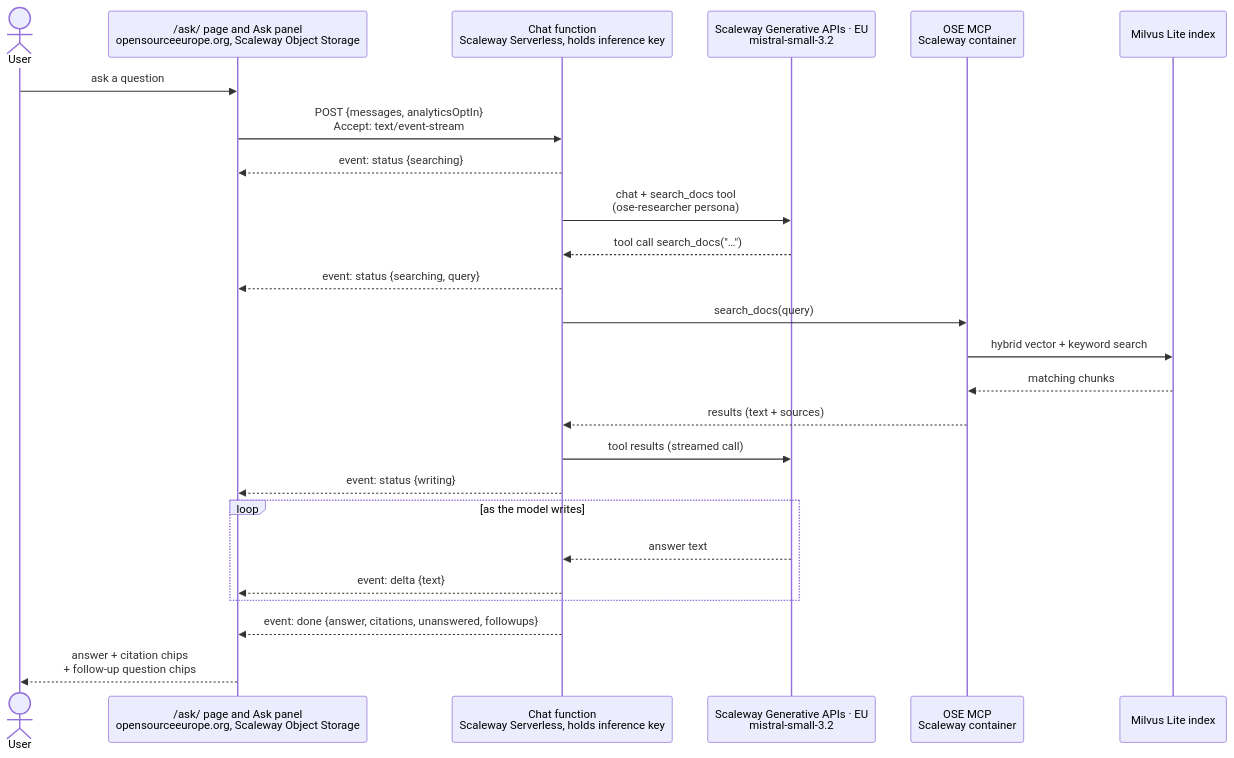
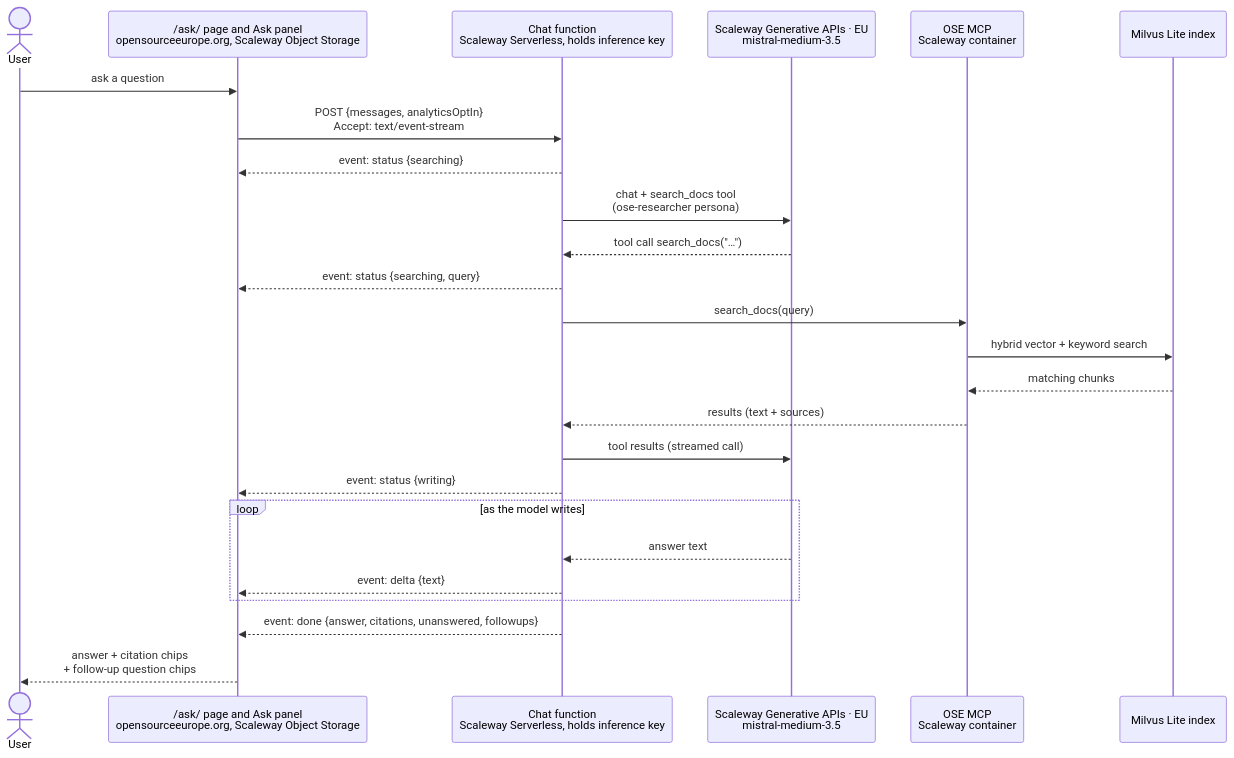
One commit to opensourceeurope/opensourceeurope.org changed the first of 2 diagrams in docs/knowledge/architecture.md. Above: the diagram before and after it, drawn with Mermaid. The commit also changed other lines of this file and 18 other files, not shown here.

````diff
--- a/docs/knowledge/architecture.md
+++ b/docs/knowledge/architecture.md
@@ -22,28 +22,28 @@
 ```mermaid
 sequenceDiagram
     actor User
     participant UI as /ask/ page and Ask panel<br/>opensourceeurope.org, Scaleway Object Storage
     participant Fn as Chat function<br/>Scaleway Serverless, holds inference key
-    participant LLM as Scaleway Generative APIs · EU<br/>mistral-small-3.2
+    participant LLM as Scaleway Generative APIs · EU<br/>mistral-medium-3.5
     participant MCP as OSE MCP<br/>Scaleway container
     participant DB as Milvus Lite index
 
     User->>UI: ask a question
     UI->>Fn: POST {messages, analyticsOptIn}<br/>Accept: text/event-stream
     Fn-->>UI: event: status {searching}
     Fn->>LLM: chat + search_docs tool<br/>(ose-researcher persona)
     LLM-->>Fn: tool call search_docs("…")
     Fn-->>UI: event: status {searching, query}
     Fn->>MCP: search_docs(query)
     MCP->>DB: hybrid vector + keyword search
     DB-->>MCP: matching chunks
     MCP-->>Fn: results (text + sources)
     Fn->>LLM: tool results (streamed call)
     Fn-->>UI: event: status {writing}
     loop as the model writes
         LLM-->>Fn: answer text
         Fn-->>UI: event: delta {text}
     end
     Fn-->>UI: event: done {answer, citations, unanswered, followups}
     UI-->>User: answer + citation chips<br/>+ follow-up question chips
 ```
````
